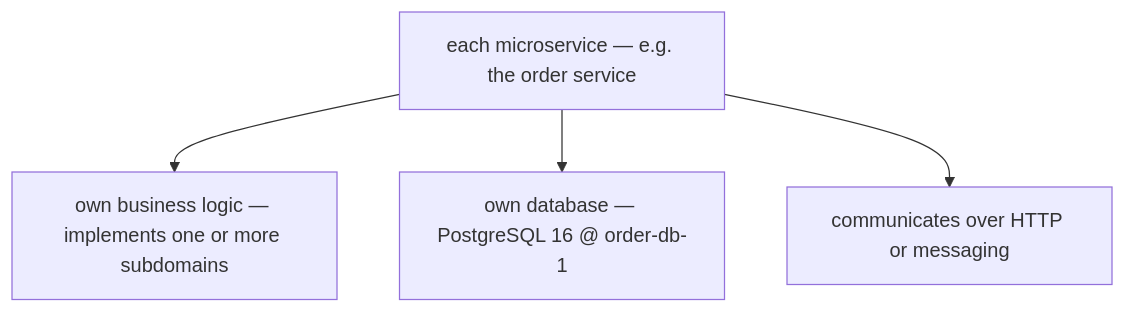
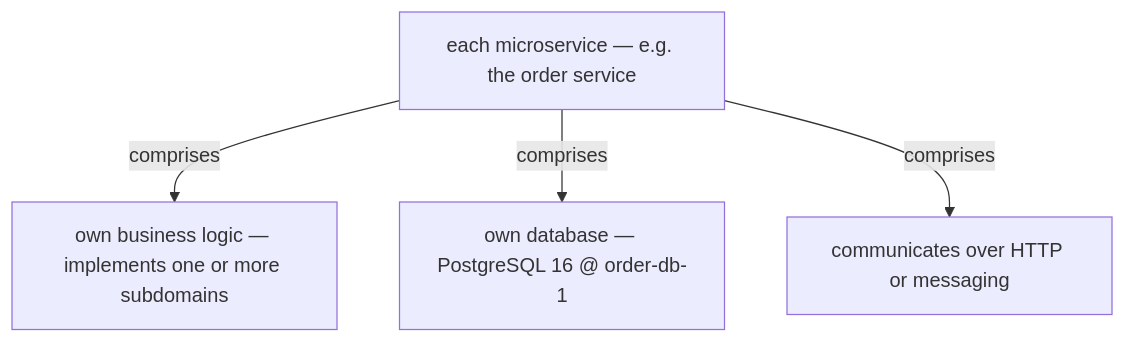
The seventh of 14 diagrams in docs/ch02-microservice-architecture.md (vinayakuber/microservices-io-study-guide), drawn with Mermaid before and after one commit. The commit also changed other lines of this file and 71 other files, not shown here.

First line of the commit message:
R18: label every diagram arrow with its meaning

````diff
--- a/docs/ch02-microservice-architecture.md
+++ b/docs/ch02-microservice-architecture.md
@@ -259,7 +259,7 @@
 ```mermaid
 flowchart TD
   R["each microservice — e.g. the order service"]
-  R --> P0["own business logic — implements one or more subdomains"]
-  R --> P1["own database — PostgreSQL 16 @ order-db-1"]
-  R --> P2["communicates over HTTP or messaging"]
+  R -->|"comprises"| P0["own business logic — implements one or more subdomains"]
+  R -->|"comprises"| P1["own database — PostgreSQL 16 @ order-db-1"]
+  R -->|"comprises"| P2["communicates over HTTP or messaging"]
 ```
````
